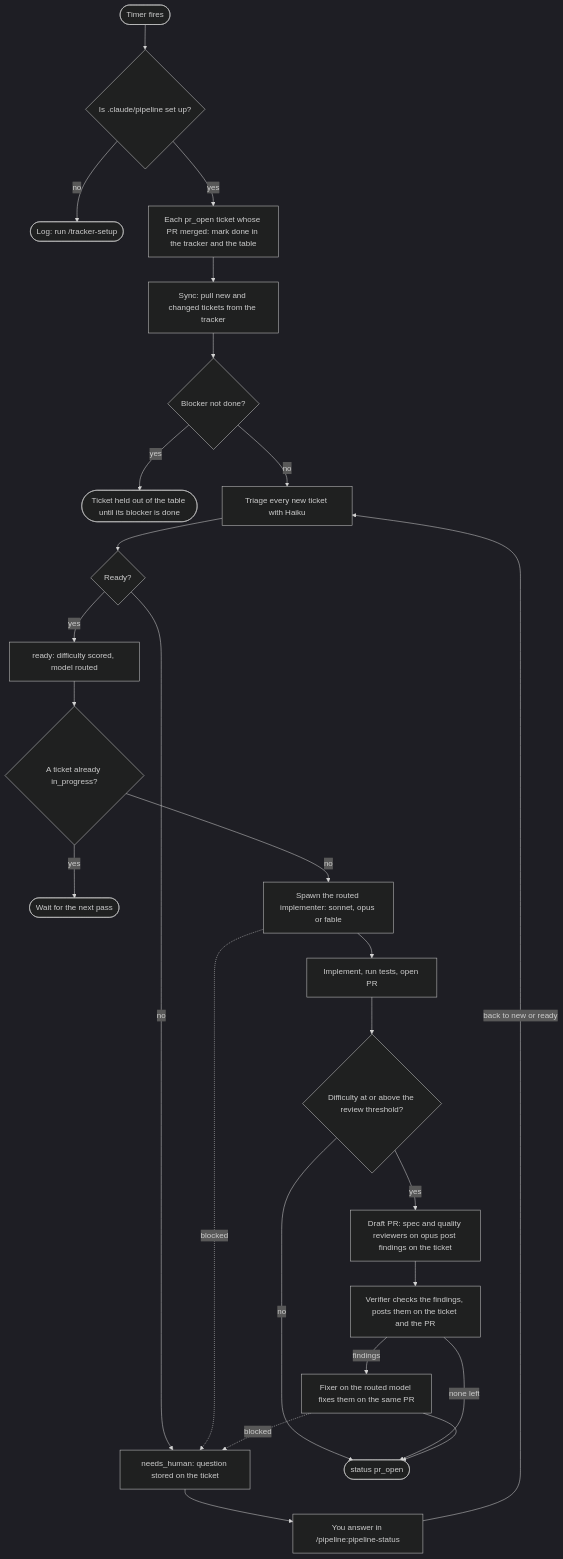
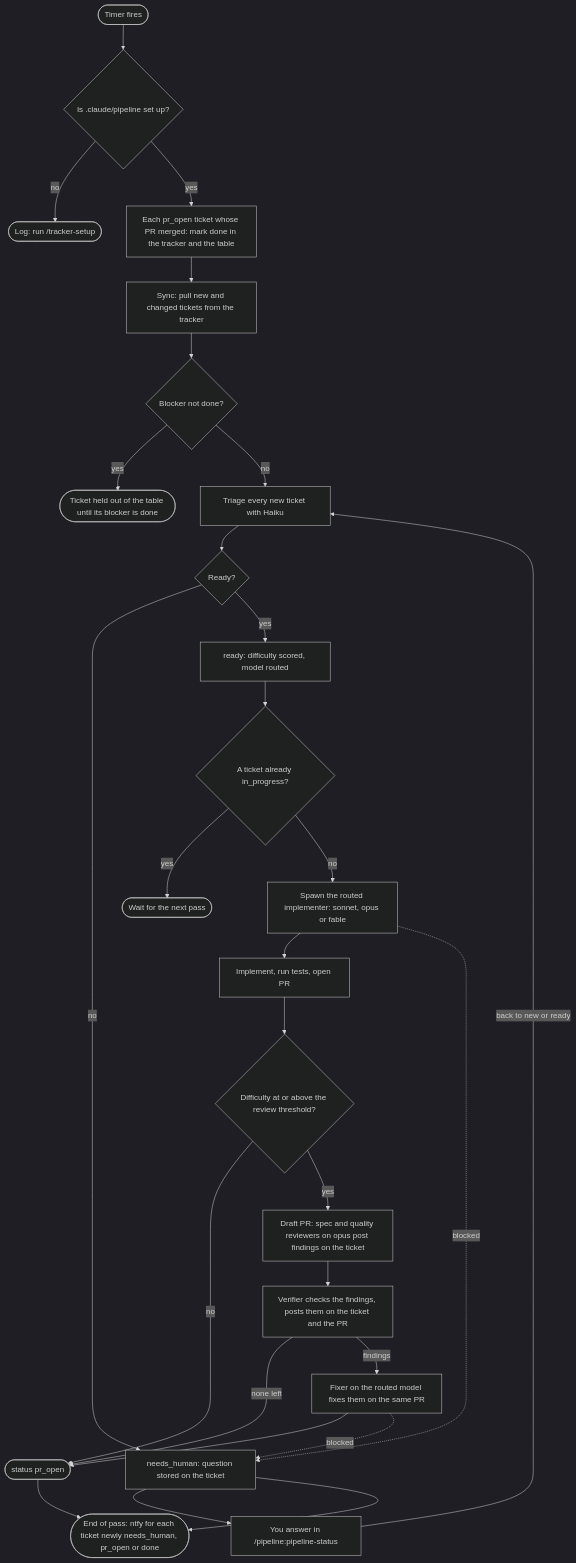
The diagram in README.md (TheLazyLemur/pipeline-plugin), drawn with Mermaid (dark theme) before and after one commit. The commit also changed other lines of this file and 6 other files, not shown here.

Commit message:
feat[loop]: notify on ntfy when a ticket needs you, its PR is ready, or its PR merged

````diff
--- a/README.md
+++ b/README.md
@@ -40,28 +45,29 @@
 ```mermaid
 flowchart TD
     start([Timer fires]) --> setup{"Is .claude/pipeline set up?"}
     setup -- no --> stop(["Log: run /tracker-setup"])
     setup -- yes --> merged[Each pr_open ticket whose PR merged: mark done in the tracker and the table]
     merged --> sync[Sync: pull new and changed tickets from the tracker]
     sync --> held{Blocker not done?}
     held -- yes --> hold([Ticket held out of the table until its blocker is done])
     held -- no --> triage[Triage every new ticket with Haiku]
     triage --> verdict{Ready?}
     verdict -- no --> nh[needs_human: question stored on the ticket]
     verdict -- yes --> ready[ready: difficulty scored, model routed]
     ready --> busy{A ticket already in_progress?}
     busy -- yes --> wait([Wait for the next pass])
     busy -- no --> impl[Spawn the routed implementer: sonnet, opus or fable]
     impl --> pr[Implement, run tests, open PR]
     pr --> review{Difficulty at or above the review threshold?}
     review -- no --> open([status pr_open])
     review -- yes --> reviewers[Draft PR: spec and quality reviewers on opus post findings on the ticket]
     reviewers --> verifier[Verifier checks the findings, posts them on the ticket and the PR]
     verifier -- none left --> open
     verifier -- findings --> fixer[Fixer on the routed model fixes them on the same PR]
     fixer --> open
     impl -. blocked .-> nh
     fixer -. blocked .-> nh
     nh --> you[You answer in /pipeline:pipeline-status]
     you -- "back to new or ready" --> triage
+    nh & open --> notify([End of pass: ntfy for each ticket newly needs_human, pr_open or done])
 ```
````
